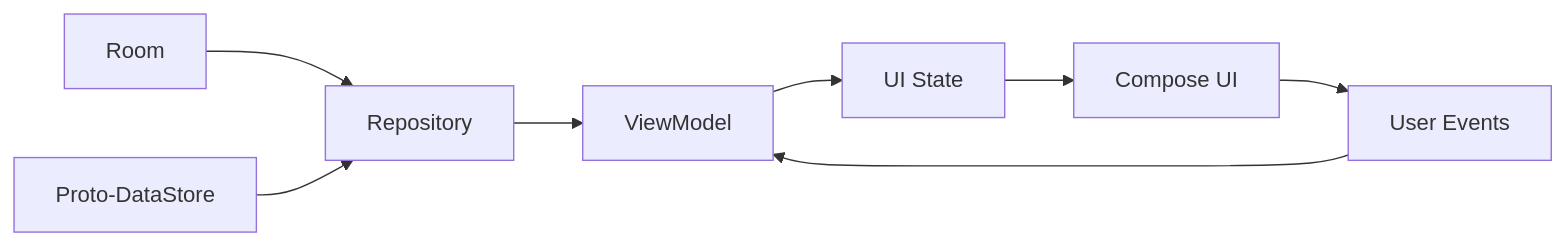
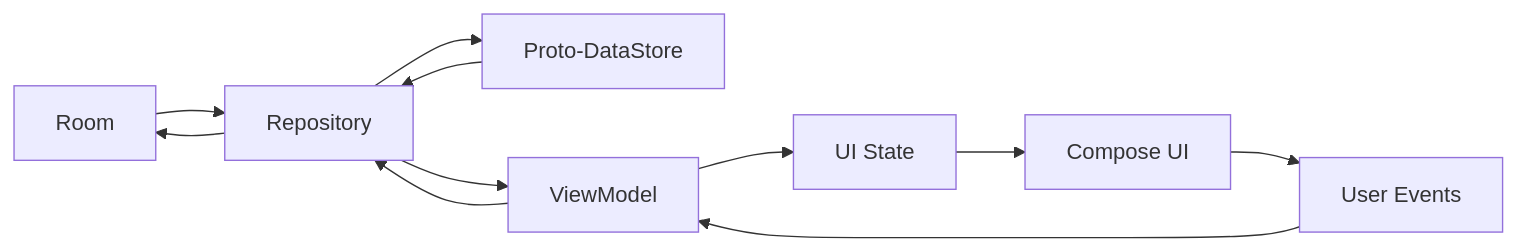
The first of 4 diagrams in README.md (sethdegay/Sequence), drawn with Mermaid before and after one commit. The commit also changed other lines of this file, not shown here.

Commit message:
add design system and update architecture

````diff
--- a/README.md
+++ b/README.md
@@ -58,9 +80,12 @@
 ```mermaid
 graph LR
     X[Room] --> B[Repository]
     Y[Proto-DataStore] --> B
     B --> C[ViewModel]
     C --> D[UI State]
     D --> E[Compose UI]
     E --> F[User Events] --> C
+    C --> B
+    B --> X
+    B --> Y
 ```
````
